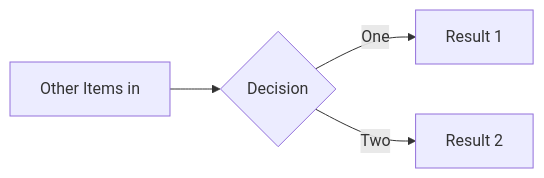
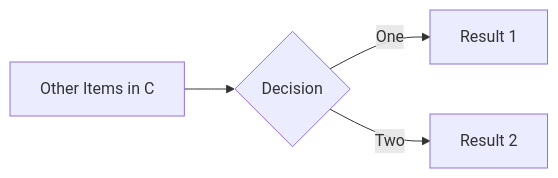
Before and after one commit to gerbssusd/dok: the diagram in slides.md, drawn with Mermaid.

````diff
--- a/slides.md
+++ b/slides.md
@@ -217,6 +217,6 @@
 ```mermaid {theme: 'neutral', scale: 0.8}
 graph LR
-B[Other Items in ] --> C{Decision}
+B[Other Items in C] --> C{Decision}
 C -->|One| D[Result 1]
 C -->|Two| E[Result 2]
 ```
````
